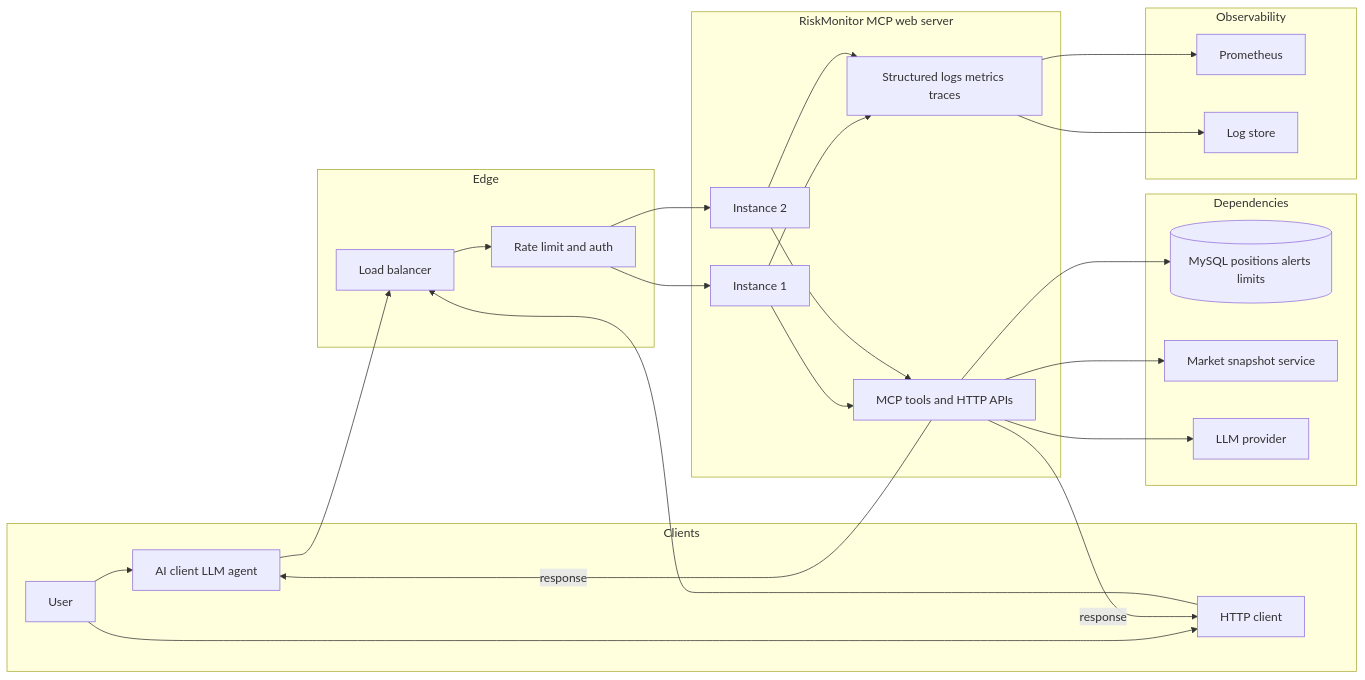
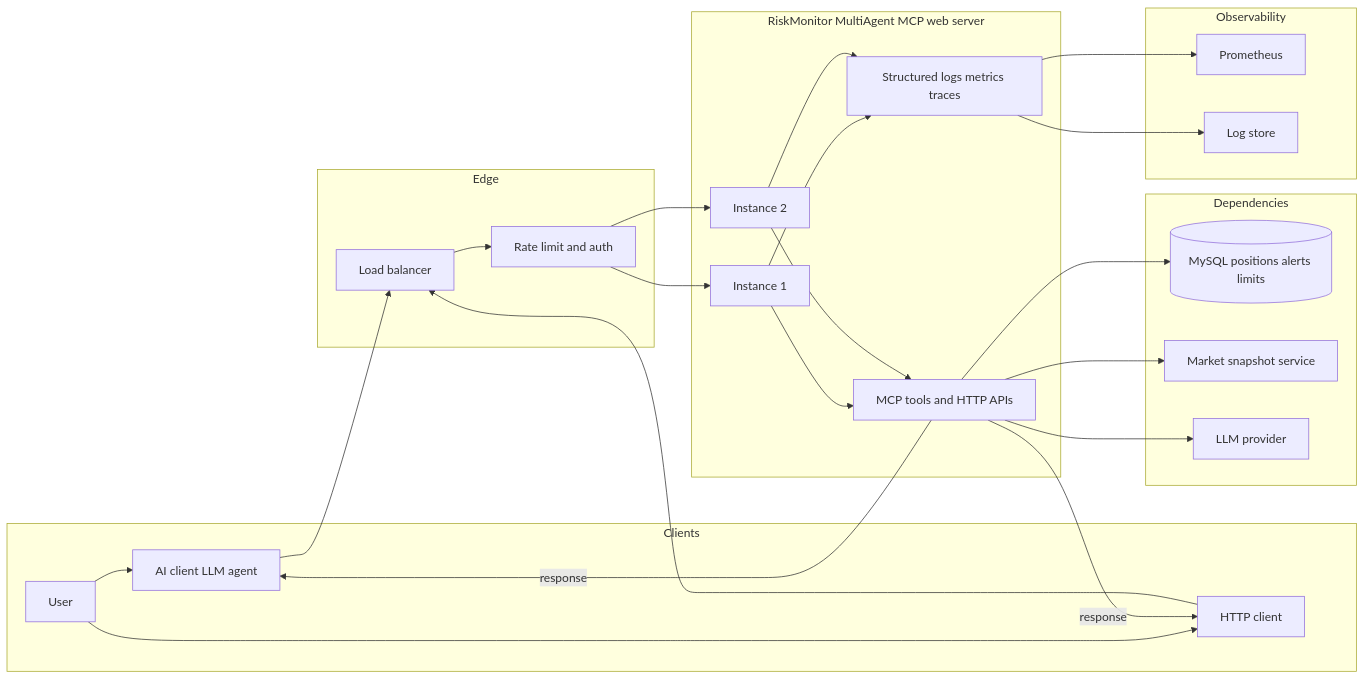
Before and after one commit to Zheng-Chuan/RiskMonitor-MultiAgent: the first of 5 diagrams in docs/ARCHITECTURE.md, drawn with Mermaid. The commit also changed other lines of this file and 8 other files, not shown here.

Commit message:
Rename RiskMonitor-MCP to RiskMonitor-MultiAgent

````diff
--- a/docs/ARCHITECTURE.md
+++ b/docs/ARCHITECTURE.md
@@ -34,52 +34,52 @@
 ```mermaid
 flowchart LR
   subgraph Clients[Clients]
     U[User]
     A[AI client LLM agent]
     H[HTTP client]
   end
 
   subgraph Edge[Edge]
     LB[Load balancer]
     RL[Rate limit and auth]
   end
 
-  subgraph Svc[RiskMonitor MCP web server]
+  subgraph Svc[RiskMonitor MultiAgent MCP web server]
     S1[Instance 1]
     S2[Instance 2]
     Tools[MCP tools and HTTP APIs]
     Obs[Structured logs metrics traces]
   end
 
   subgraph Deps[Dependencies]
     DB[(MySQL positions alerts limits)]
     MS[Market snapshot service]
     LLM[LLM provider]
   end
 
   subgraph ObsStack[Observability]
     Prom[Prometheus]
     Logs[Log store]
   end
 
   U --> A
   U --> H
   A --> LB
   H --> LB
   LB --> RL
   RL --> S1
   RL --> S2
 
   S1 --> Tools
   S2 --> Tools
   Tools --> DB
   Tools --> MS
   Tools --> LLM
   Tools -->|response| A
   Tools -->|response| H
 
   S1 --> Obs
   S2 --> Obs
   Obs --> Prom
   Obs --> Logs
 ```
````
